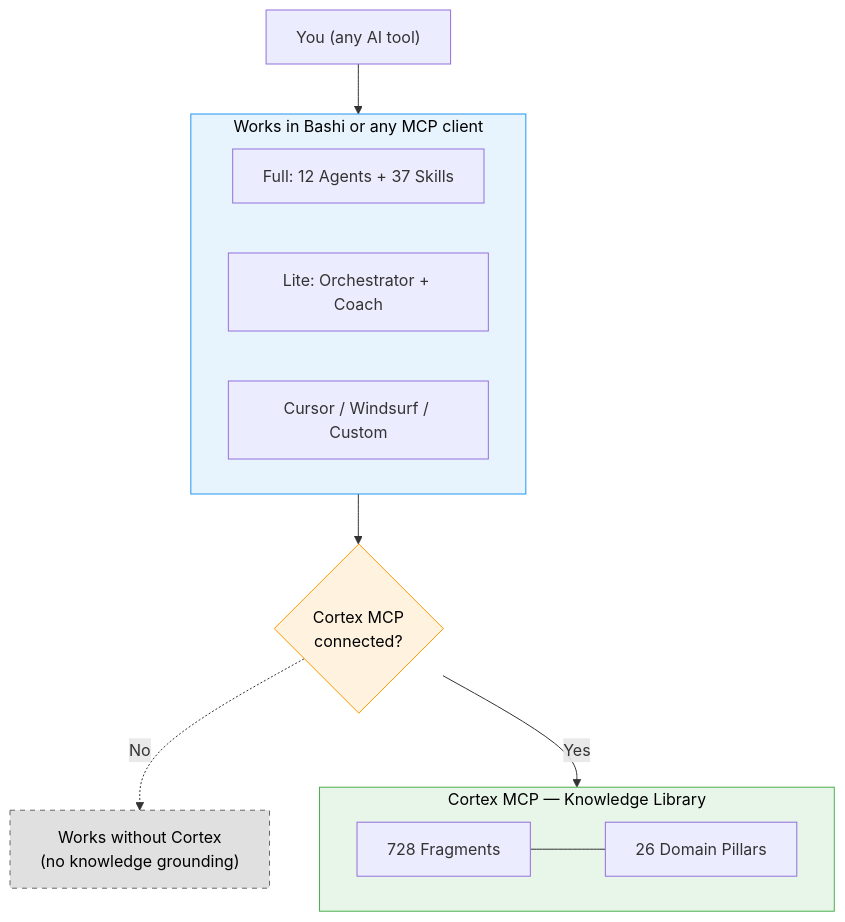
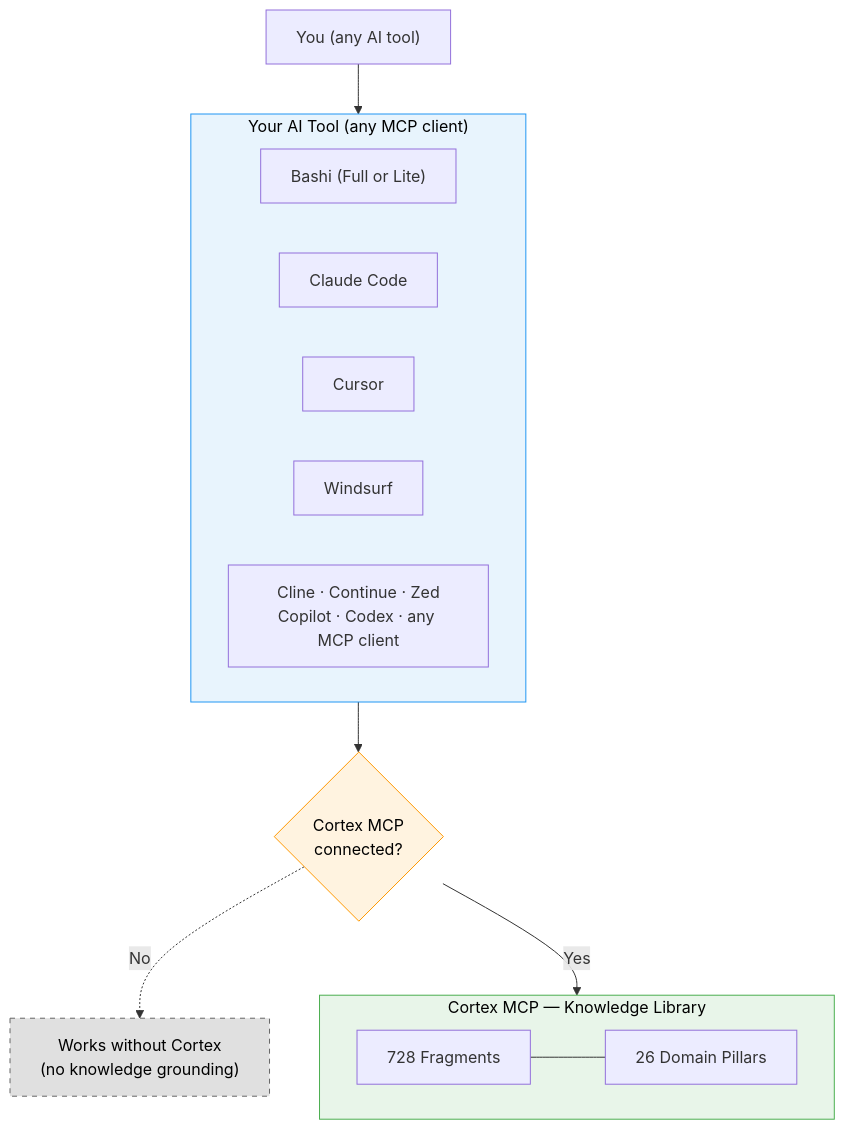
One commit to BasharAmso/cortex-mcp changed the diagram in README.md. Above: the diagram before and after it, drawn with Mermaid.

Commit message:
docs: list known MCP-compatible tools in README diagram
Show Claude Code, Cursor, Windsurf, Cline, Continue, Zed, Copilot,
Codex, and any MCP client as supported tools alongside Bashi.

````diff
--- a/README.md
+++ b/README.md
@@ -73,30 +73,32 @@
 ```mermaid
 flowchart TB
     User["You (any AI tool)"]
 
-    subgraph Bashi["Works in Bashi or any MCP client"]
-        Full["Full: 12 Agents + 37 Skills"]
-        Lite["Lite: Orchestrator + Coach"]
-        Other["Cursor / Windsurf / Custom"]
+    subgraph Client["Your AI Tool (any MCP client)"]
+        Bashi["Bashi (Full or Lite)"]
+        Claude["Claude Code"]
+        Cursor["Cursor"]
+        Windsurf["Windsurf"]
+        Others["Cline · Continue · Zed\nCopilot · Codex · any MCP client"]
     end
 
     MCP{"Cortex MCP\nconnected?"}
 
     subgraph Cortex["Cortex MCP — Knowledge Library"]
         Fragments["728 Fragments"]
         Pillars["26 Domain Pillars"]
     end
 
     NoMCP["Works without Cortex\n(no knowledge grounding)"]
 
-    User --> Bashi
-    Bashi --> MCP
+    User --> Client
+    Client --> MCP
     MCP -->|Yes| Cortex
     MCP -.->|No| NoMCP
     Fragments --- Pillars
 
-    style Bashi fill:#e8f4fd,stroke:#2196f3,color:#000
+    style Client fill:#e8f4fd,stroke:#2196f3,color:#000
     style Cortex fill:#e8f5e9,stroke:#4caf50,color:#000
     style MCP fill:#fff3e0,stroke:#ff9800,color:#000
     style NoMCP fill:#e0e0e0,stroke:#666,stroke-dasharray: 5 5,color:#000
 ```
````
